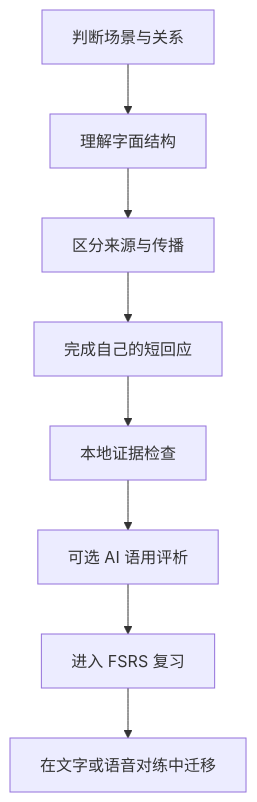
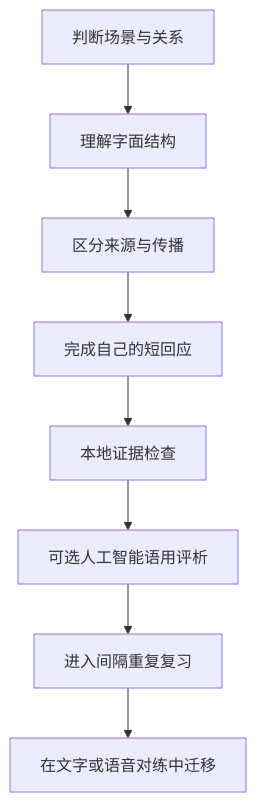
Before and after one commit to AIALRA-0/saylo: the first of 2 diagrams in README.md, drawn with Mermaid. The commit also changed other lines of this file and 9 other files, not shown here.

````diff
--- a/README.md
+++ b/README.md
@@ -43,11 +83,11 @@
 ```mermaid
 %% 从场景判断开始，展示学习证据怎样进入复习和迁移
 flowchart TD
     A[判断场景与关系] --> B[理解字面结构]
     B --> C[区分来源与传播]
     C --> D[完成自己的短回应]
     D --> E[本地证据检查]
-    E --> F[可选 AI 语用评析]
-    F --> G[进入 FSRS 复习]
+    E --> F[可选人工智能语用评析]
+    F --> G[进入间隔重复复习]
     G --> H[在文字或语音对练中迁移]
 ```
````
